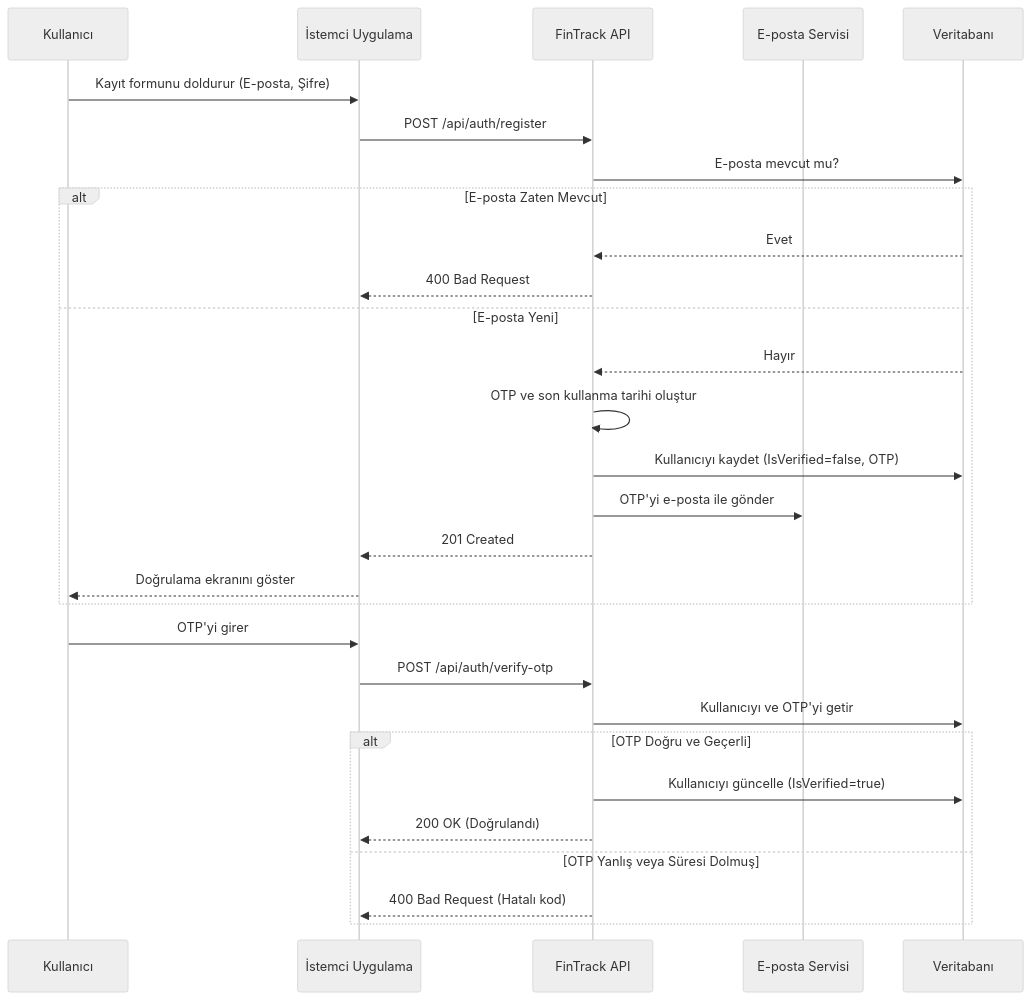
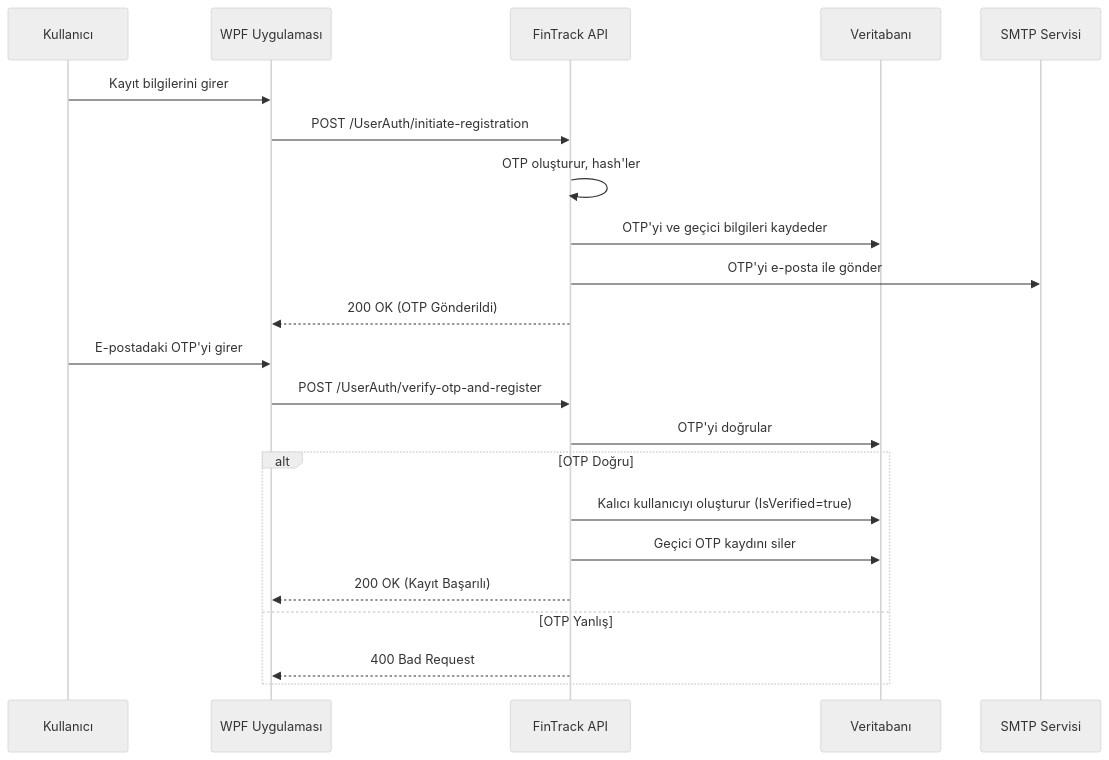
One commit to EnesEfeTokta/FinTrackWebApi changed the second of 4 diagrams in docs/SystemArchitecture.md. Above: the diagram before and after it, drawn with Mermaid (neutral theme). The commit also changed other lines of this file and 32 other files, not shown here.

````diff
--- a/docs/SystemArchitecture.md
+++ b/docs/SystemArchitecture.md
@@ -91,35 +127,26 @@
 ```mermaid
 sequenceDiagram
     participant User as Kullanıcı
-    participant ClientApp as İstemci Uygulama
-    participant FinTrackAPI as FinTrack API
-    participant EmailService as E-posta Servisi
-    participant Database as Veritabanı
+    participant ClientApp as WPF Uygulaması
+    participant API as FinTrack API
+    participant DB as Veritabanı
+    participant Email as SMTP Servisi
 
-    User->>ClientApp: Kayıt formunu doldurur (E-posta, Şifre)
-    ClientApp->>FinTrackAPI: POST /api/auth/register
+    User->>ClientApp: Kayıt bilgilerini girer
+    ClientApp->>API: POST /UserAuth/initiate-registration
+    API->>API: OTP oluşturur, hash'ler
+    API->>DB: OTP'yi ve geçici bilgileri kaydeder
+    API->>Email: OTP'yi e-posta ile gönder
+    API-->>ClientApp: 200 OK (OTP Gönderildi)
 
-    FinTrackAPI->>Database: E-posta mevcut mu?
-    alt E-posta Zaten Mevcut
-        Database-->>FinTrackAPI: Evet
-        FinTrackAPI-->>ClientApp: 400 Bad Request
-    else E-posta Yeni
-        Database-->>FinTrackAPI: Hayır
-        FinTrackAPI->>FinTrackAPI: OTP ve son kullanma tarihi oluştur
-        FinTrackAPI->>Database: Kullanıcıyı kaydet (IsVerified=false, OTP)
-        FinTrackAPI->>EmailService: OTP'yi e-posta ile gönder
-        FinTrackAPI-->>ClientApp: 201 Created
-        ClientApp-->>User: Doğrulama ekranını göster
-    end
-
-    User->>ClientApp: OTP'yi girer
-    ClientApp->>FinTrackAPI: POST /api/auth/verify-otp
-
-    FinTrackAPI->>Database: Kullanıcıyı ve OTP'yi getir
-    alt OTP Doğru ve Geçerli
-        FinTrackAPI->>Database: Kullanıcıyı güncelle (IsVerified=true)
-        FinTrackAPI-->>ClientApp: 200 OK (Doğrulandı)
-    else OTP Yanlış veya Süresi Dolmuş
-        FinTrackAPI-->>ClientApp: 400 Bad Request (Hatalı kod)
+    User->>ClientApp: E-postadaki OTP'yi girer
+    ClientApp->>API: POST /UserAuth/verify-otp-and-register
+    API->>DB: OTP'yi doğrular
+    alt OTP Doğru
+        API->>DB: Kalıcı kullanıcıyı oluşturur (IsVerified=true)
+        API->>DB: Geçici OTP kaydını siler
+        API-->>ClientApp: 200 OK (Kayıt Başarılı)
+    else OTP Yanlış
+        API-->>ClientApp: 400 Bad Request
     end
 ```
````
